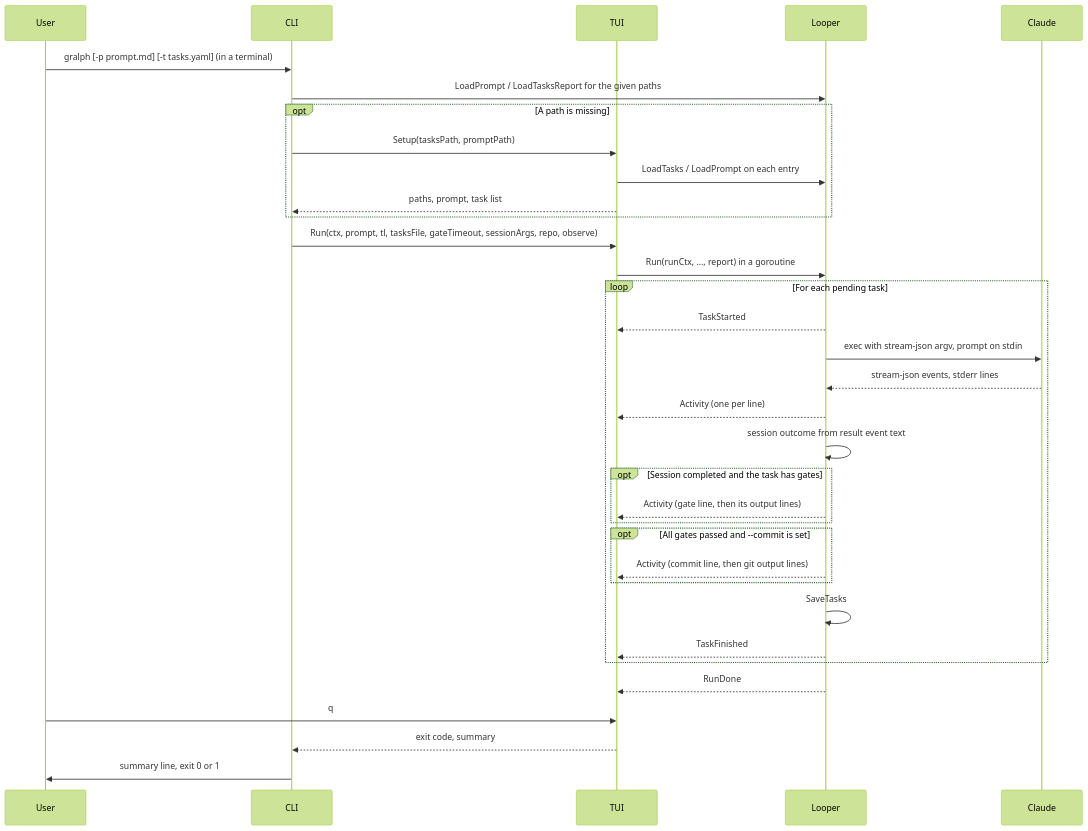
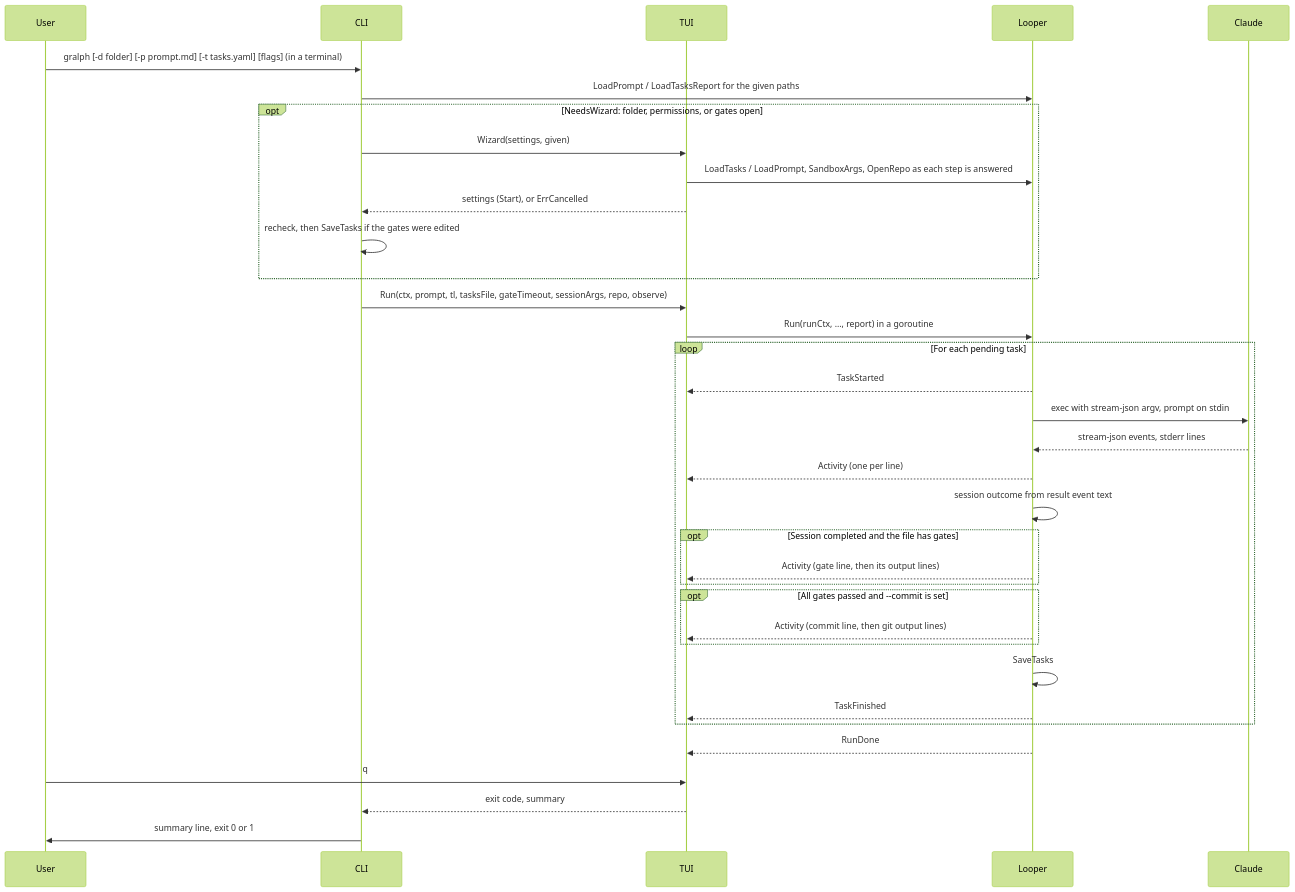
The third of 6 diagrams in docs/architecture/03_system_architecture.md (twistingmercury/gralph), drawn with Mermaid (forest theme) before and after one commit. The commit also changed other lines of this file and 46 other files, not shown here.

First line of the commit message:
Run folder, setup wizard, and one gate list per task file (#30)

````diff
--- a/docs/architecture/03_system_architecture.md
+++ b/docs/architecture/03_system_architecture.md
@@ -347,37 +362,38 @@
 ```mermaid
 sequenceDiagram
     participant User
     participant CLI
     participant TUI
     participant Looper
     participant Claude
 
-    User->>CLI: gralph [-p prompt.md] [-t tasks.yaml] (in a terminal)
+    User->>CLI: gralph [-d folder] [-p prompt.md] [-t tasks.yaml] [flags] (in a terminal)
     CLI->>Looper: LoadPrompt / LoadTasksReport for the given paths
-    opt A path is missing
-        CLI->>TUI: Setup(tasksPath, promptPath)
-        TUI->>Looper: LoadTasks / LoadPrompt on each entry
-        TUI-->>CLI: paths, prompt, task list
+    opt NeedsWizard: folder, permissions, or gates open
+        CLI->>TUI: Wizard(settings, given)
+        TUI->>Looper: LoadTasks / LoadPrompt, SandboxArgs, OpenRepo as each step is answered
+        TUI-->>CLI: settings (Start), or ErrCancelled
+        CLI->>CLI: recheck, then SaveTasks if the gates were edited
     end
     CLI->>TUI: Run(ctx, prompt, tl, tasksFile, gateTimeout, sessionArgs, repo, observe)
     TUI->>Looper: Run(runCtx, ..., report) in a goroutine
     loop For each pending task
         Looper-->>TUI: TaskStarted
         Looper->>Claude: exec with stream-json argv, prompt on stdin
         Claude-->>Looper: stream-json events, stderr lines
         Looper-->>TUI: Activity (one per line)
         Looper->>Looper: session outcome from result event text
-        opt Session completed and the task has gates
+        opt Session completed and the file has gates
             Looper-->>TUI: Activity (gate line, then its output lines)
         end
         opt All gates passed and --commit is set
             Looper-->>TUI: Activity (commit line, then git output lines)
         end
         Looper->>Looper: SaveTasks
         Looper-->>TUI: TaskFinished
     end
     Looper-->>TUI: RunDone
     User->>TUI: q
     TUI-->>CLI: exit code, summary
     CLI->>User: summary line, exit 0 or 1
 ```
````
